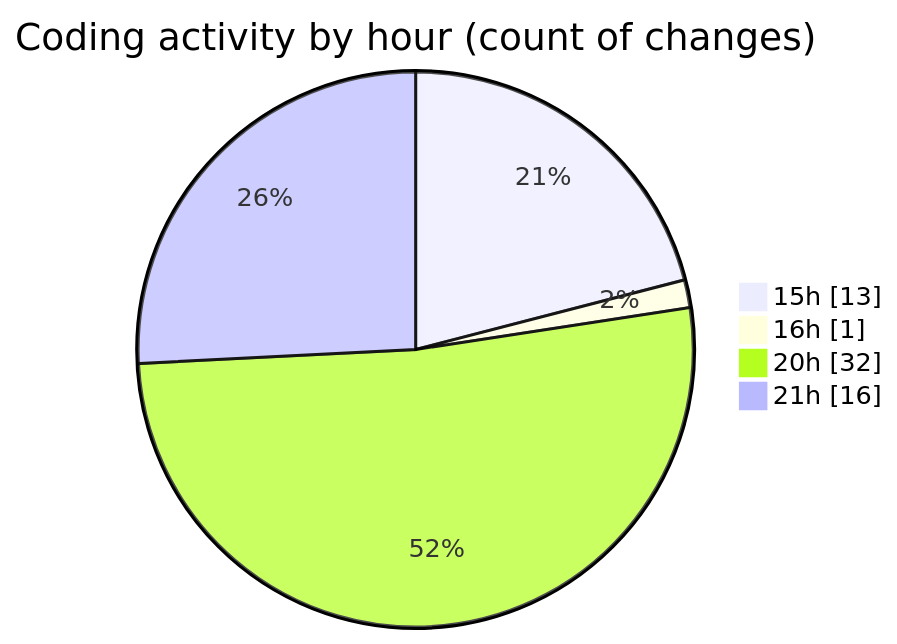
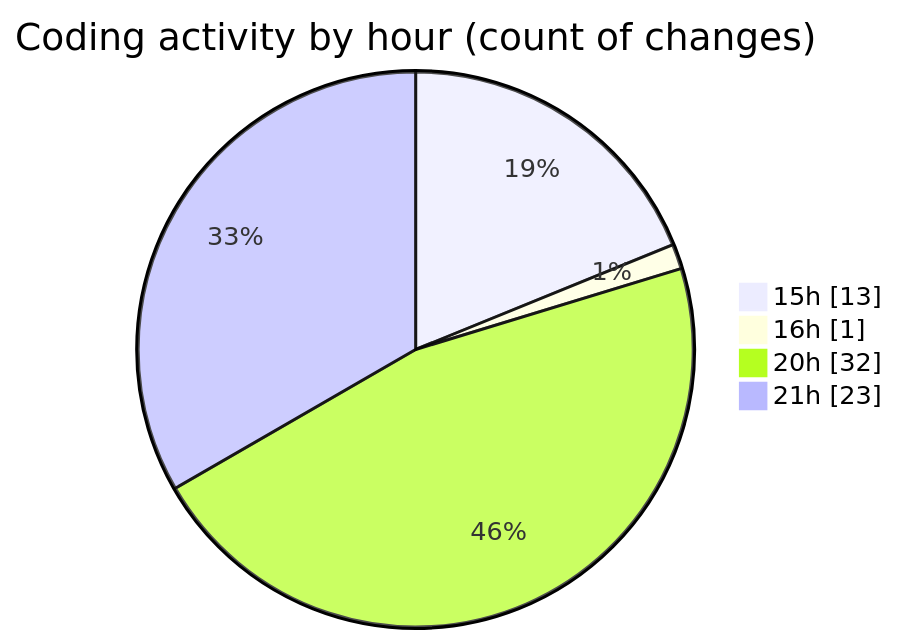
Before and after one commit to EIIisD/code-tracking: the second of 2 diagrams in 2025-07-17/ribbon/README.md, drawn with Mermaid. The commit also changed other lines of this file and 1 other file, not shown here.

````diff
--- a/2025-07-17/ribbon/README.md
+++ b/2025-07-17/ribbon/README.md
@@ -53,8 +54,8 @@
 ```mermaid
 pie showData
 title Coding activity by hour (count of changes)
 "15h" : 13
 "16h" : 1
 "20h" : 32
-"21h" : 16
+"21h" : 23
 ```
````
